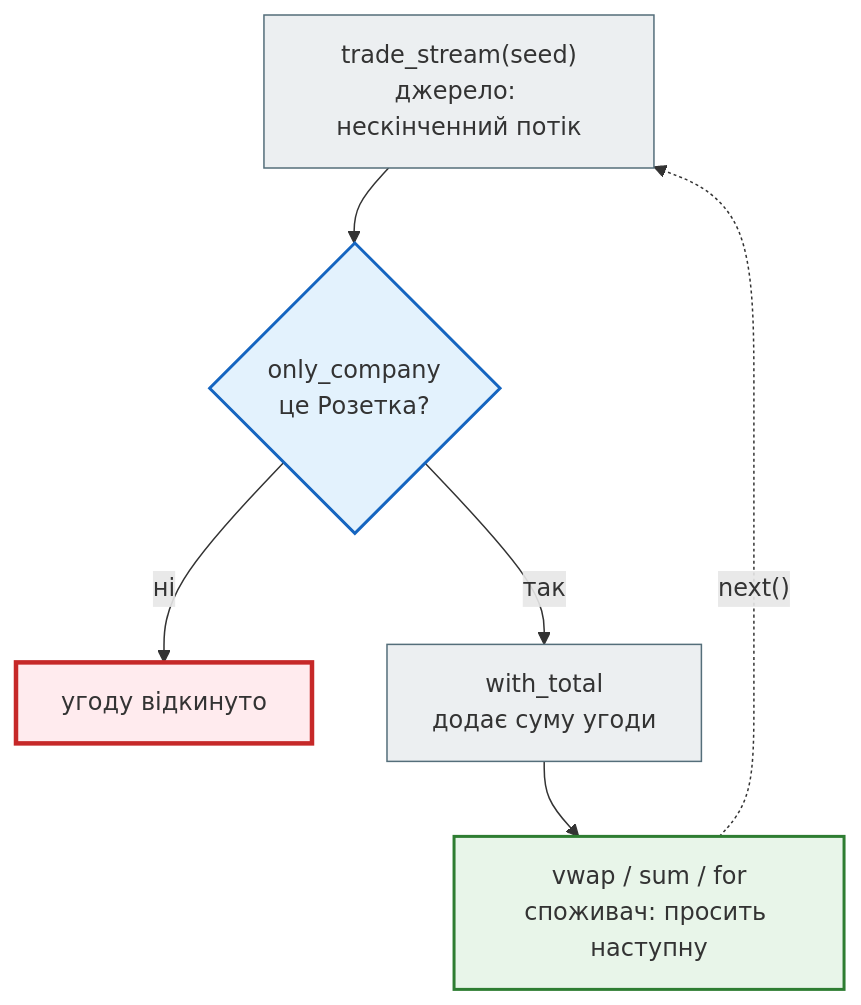
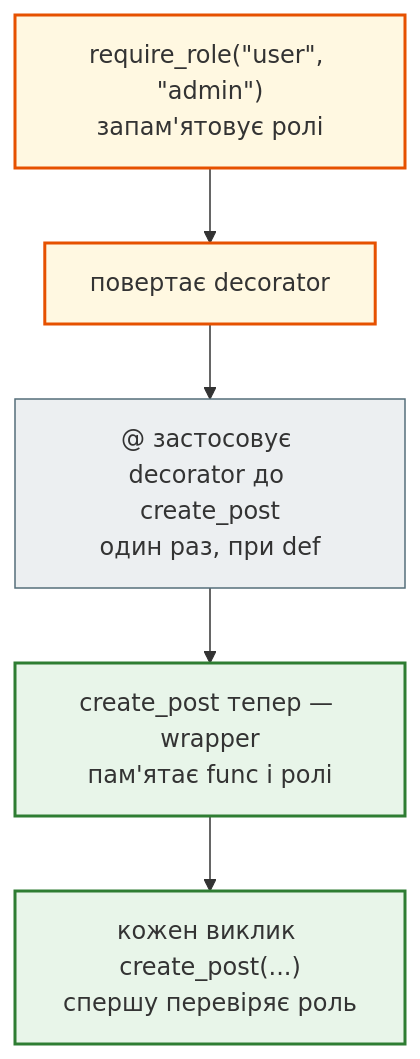
The second of 2 diagrams in docs/modules/m1/lesson_10.md (AlinaRadchenko/PY-Course-Victor-Nikoriak-22-09-2026), drawn with Mermaid before and after one commit. The commit also changed other lines of this file and 1846 other files, not shown here.

````diff
--- a/docs/modules/m1/lesson_10.md
+++ b/docs/modules/m1/lesson_10.md
@@ -337,20 +467,17 @@
 ```mermaid
 flowchart TD
     classDef step     fill:#eceff1,stroke:#546e7a,stroke-width:1px;
     classDef decision fill:#e3f2fd,stroke:#1565c0,stroke-width:2px;
     classDef success  fill:#e8f5e9,stroke:#2e7d32,stroke-width:2px;
     classDef error    fill:#ffebee,stroke:#c62828,stroke-width:3px;
     classDef warning  fill:#fff8e1,stroke:#e65100,stroke-width:2px;
 
-    S["trade_stream(seed)<br>джерело: нескінченний потік"] --> F{"only_company<br>це Розетка?"}
-    F -- ні --> X["угоду відкинуто"]
-    F -- так --> T["with_total<br>додає суму угоди"]
-    T --> R["vwap / sum / for<br>споживач: просить наступну"]
-    R -. "next()" .-> S
+    A["require_role(#quot;user#quot;, #quot;admin#quot;)<br>запам'ятовує ролі"] --> B["повертає decorator"]
+    B --> C["@ застосовує decorator до create_post<br>один раз, при def"]
+    C --> D["create_post тепер — wrapper<br>пам'ятає func і ролі"]
+    D --> E["кожен виклик create_post(...)<br>спершу перевіряє роль"]
 
-    class S step
-    class F decision
-    class X error
-    class T step
-    class R success
+    class A,B warning
+    class C step
+    class D,E success
 ```
````
